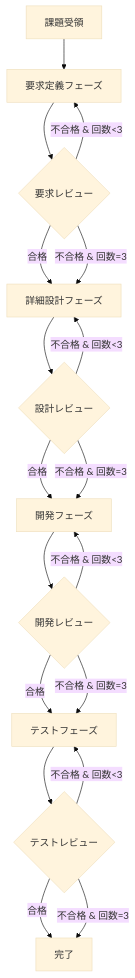
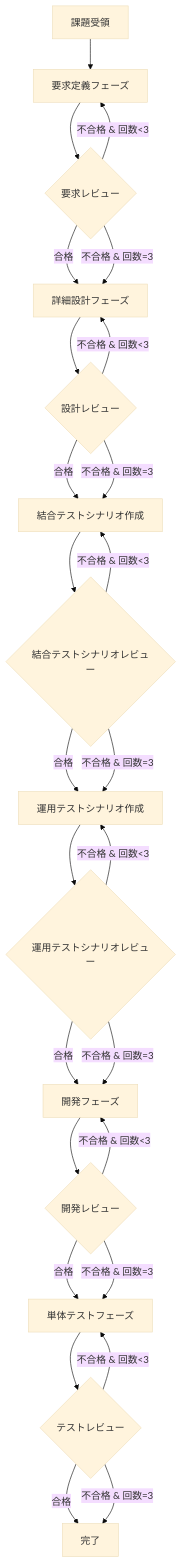
Before and after one commit to Takas0522/change-log-lab: the diagram in .github/agents/orchestrator.agent.md, drawn with Mermaid (base theme). The commit also changed other lines of this file and 6 other files, not shown here.

````diff
--- a/.github/agents/orchestrator.agent.md
+++ b/.github/agents/orchestrator.agent.md
@@ -28,23 +45,33 @@
 ```mermaid
 flowchart TD
     START[課題受領] --> REQ[要求定義フェーズ]
     REQ --> REQ_REVIEW{要求レビュー}
     REQ_REVIEW -->|合格| DESIGN[詳細設計フェーズ]
     REQ_REVIEW -->|不合格 & 回数<3| REQ
     REQ_REVIEW -->|不合格 & 回数=3| DESIGN
     
     DESIGN --> DESIGN_REVIEW{設計レビュー}
-    DESIGN_REVIEW -->|合格| DEV[開発フェーズ]
+    DESIGN_REVIEW -->|合格| IT_SCENARIO[結合テストシナリオ作成]
     DESIGN_REVIEW -->|不合格 & 回数<3| DESIGN
-    DESIGN_REVIEW -->|不合格 & 回数=3| DEV
+    DESIGN_REVIEW -->|不合格 & 回数=3| IT_SCENARIO
+    
+    IT_SCENARIO --> IT_REVIEW{結合テストシナリオレビュー}
+    IT_REVIEW -->|合格| UAT_SCENARIO[運用テストシナリオ作成]
+    IT_REVIEW -->|不合格 & 回数<3| IT_SCENARIO
+    IT_REVIEW -->|不合格 & 回数=3| UAT_SCENARIO
+    
+    UAT_SCENARIO --> UAT_REVIEW{運用テストシナリオレビュー}
+    UAT_REVIEW -->|合格| DEV[開発フェーズ]
+    UAT_REVIEW -->|不合格 & 回数<3| UAT_SCENARIO
+    UAT_REVIEW -->|不合格 & 回数=3| DEV
     
     DEV --> DEV_REVIEW{開発レビュー}
-    DEV_REVIEW -->|合格| TEST[テストフェーズ]
+    DEV_REVIEW -->|合格| TEST[単体テストフェーズ]
     DEV_REVIEW -->|不合格 & 回数<3| DEV
     DEV_REVIEW -->|不合格 & 回数=3| TEST
     
     TEST --> TEST_REVIEW{テストレビュー}
     TEST_REVIEW -->|合格| END[完了]
     TEST_REVIEW -->|不合格 & 回数<3| TEST
     TEST_REVIEW -->|不合格 & 回数=3| END
 ```
````
